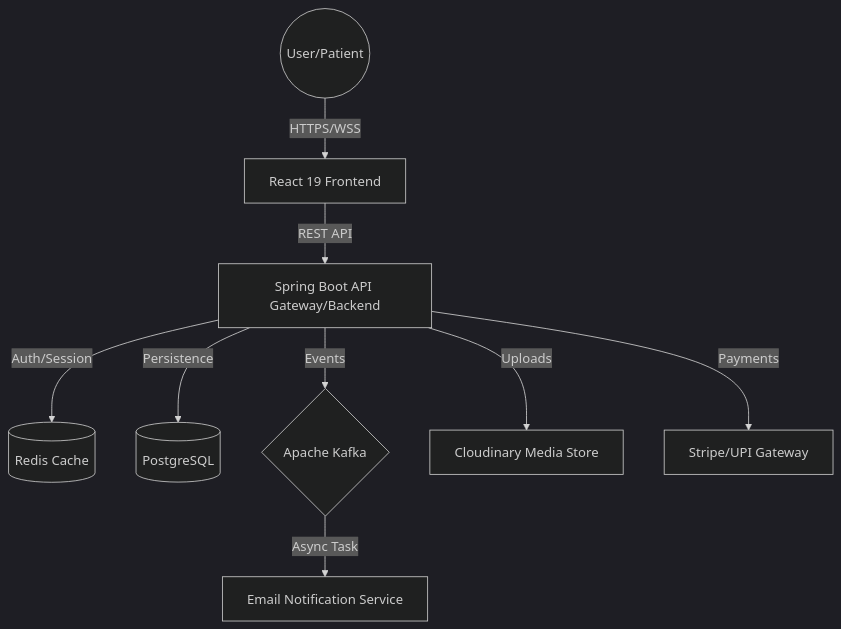
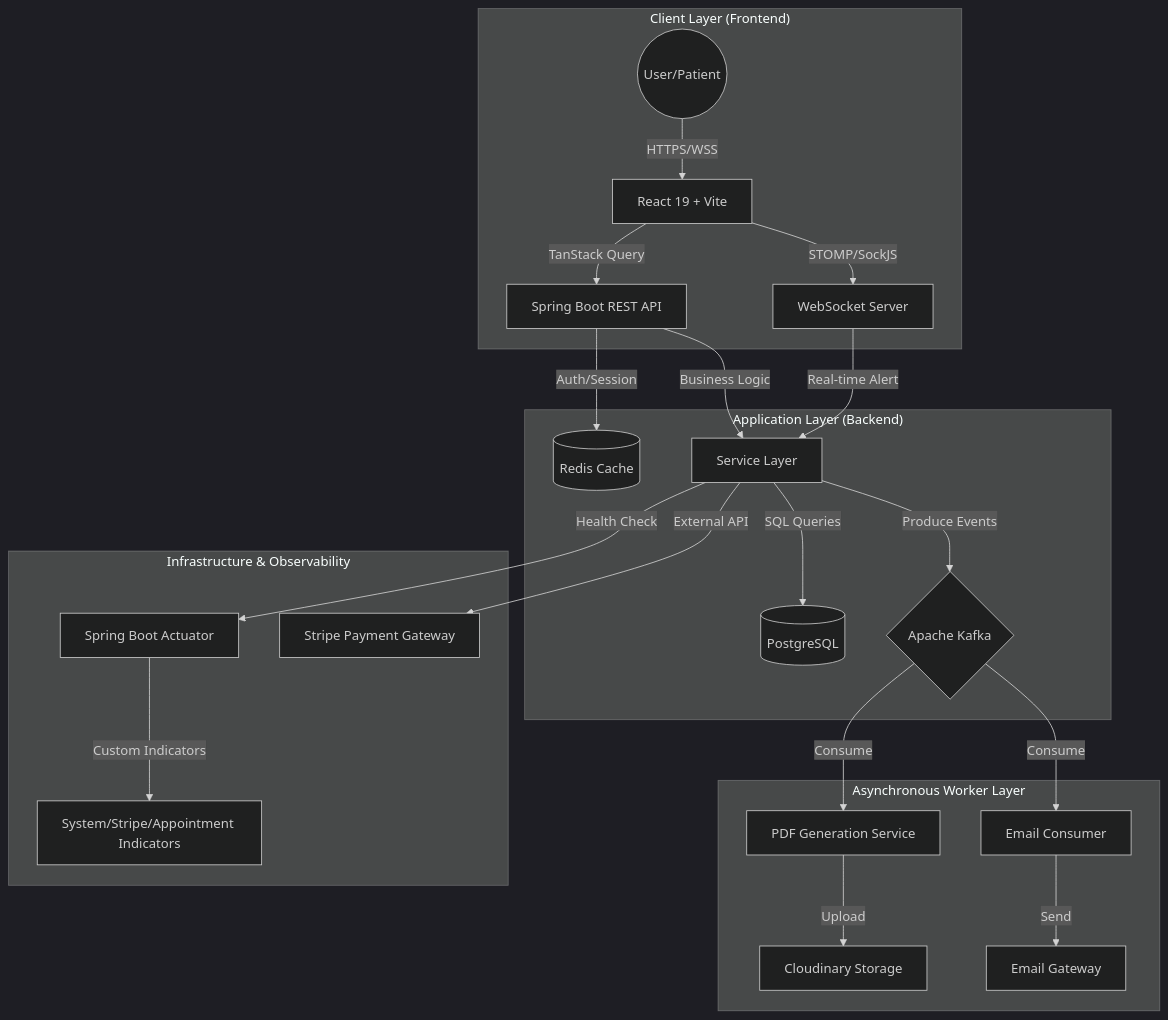
One commit to op2624685-sys/Hospital-Management-System changed the diagram in README.md. Above: the diagram before and after it, drawn with Mermaid (dark theme). The commit also changed other lines of this file, not shown here.

````diff
--- a/README.md
+++ b/README.md
@@ -19,11 +19,29 @@
 ```mermaid
 graph TD
-    User((User/Patient)) -->|HTTPS/WSS| FE[React 19 Frontend]
-    FE -->|REST API| API[Spring Boot API Gateway/Backend]
-    API -->|Auth/Session| Redis[(Redis Cache)]
-    API -->|Persistence| DB[(PostgreSQL)]
-    API -->|Events| Kafka{Apache Kafka}
-    Kafka -->|Async Task| MailSvc[Email Notification Service]
-    API -->|Uploads| Cloudinary[Cloudinary Media Store]
-    API -->|Payments| Stripe[Stripe/UPI Gateway]
+    subgraph "Client Layer (Frontend)"
+        User((User/Patient)) -->|HTTPS/WSS| FE[React 19 + Vite]
+        FE -->|TanStack Query| API[Spring Boot REST API]
+        FE -->|STOMP/SockJS| WS[WebSocket Server]
+    end
+
+    subgraph "Application Layer (Backend)"
+        API -->|Auth/Session| Redis[(Redis Cache)]
+        API -->|Business Logic| Svc[Service Layer]
+        WS -->|Real-time Alert| Svc
+        Svc -->|SQL Queries| DB[(PostgreSQL)]
+        Svc -->|Produce Events| Kafka{Apache Kafka}
+    end
+
+    subgraph "Asynchronous Worker Layer"
+        Kafka -->|Consume| EmailSvc[Email Consumer]
+        Kafka -->|Consume| PdfSvc[PDF Generation Service]
+        PdfSvc -->|Upload| Cloudinary[Cloudinary Storage]
+        EmailSvc -->|Send| SMTP[Email Gateway]
+    end
+
+    subgraph "Infrastructure & Observability"
+        Svc -->|Health Check| Actuator[Spring Boot Actuator]
+        Actuator -->|Custom Indicators| HealthInd[System/Stripe/Appointment Indicators]
+        Svc -->|External API| Stripe[Stripe Payment Gateway]
+    end
 ```
````
